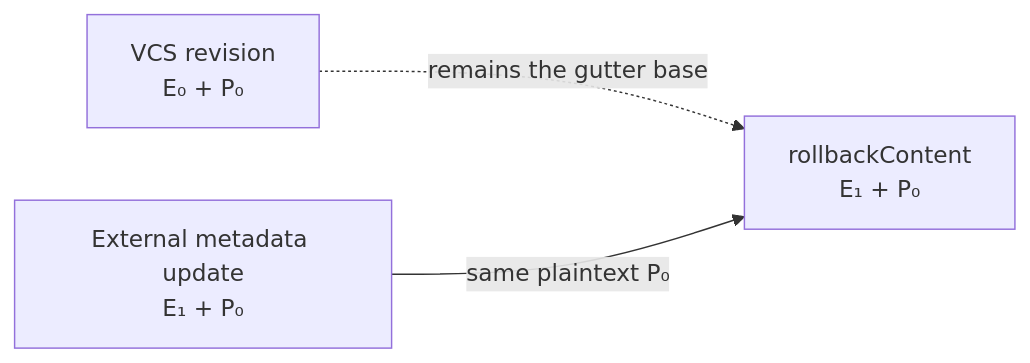
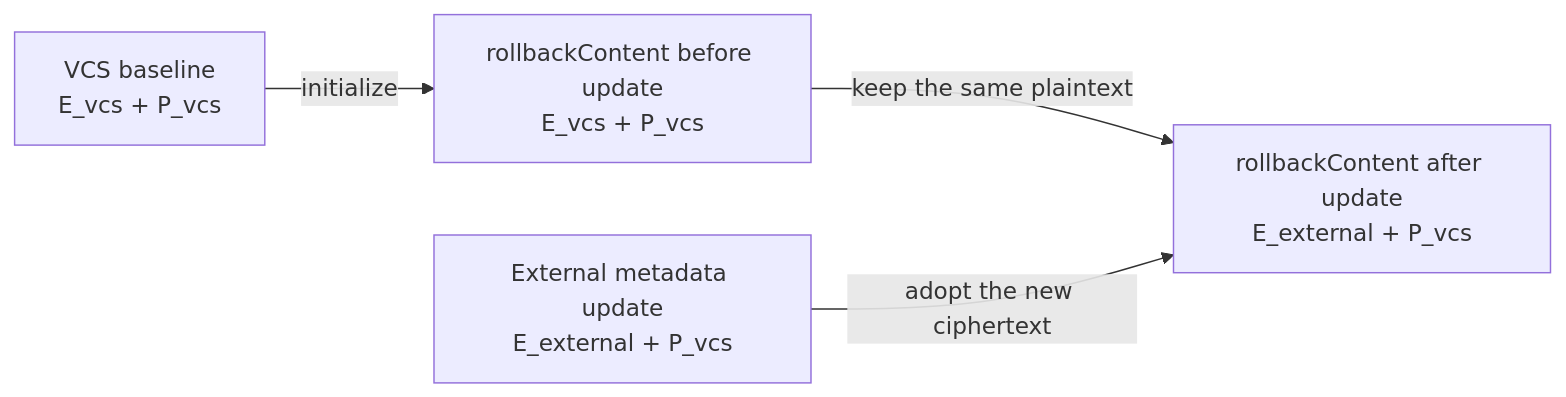
Before and after one commit to Blarc/sops-intellij-plugin: the fifth of 6 diagrams in src/main/kotlin/com/github/blarc/sops/intellij/plugin/providers/README.md, drawn with Mermaid. The commit also changed other lines of this file and 2 other files, not shown here.

````diff
--- a/src/main/kotlin/com/github/blarc/sops/intellij/plugin/providers/README.md
+++ b/src/main/kotlin/com/github/blarc/sops/intellij/plugin/providers/README.md
@@ -67,9 +145,11 @@
 ```mermaid
 flowchart LR
-    revision[VCS revision<br/>E₀ + P₀]
-    external[External metadata update<br/>E₁ + P₀]
-    rollback[rollbackContent<br/>E₁ + P₀]
+    vcs["VCS baseline<br/>E_vcs + P_vcs"]
+    rollbackBefore["rollbackContent before update<br/>E_vcs + P_vcs"]
+    external["External metadata update<br/>E_external + P_vcs"]
+    rollbackAfter["rollbackContent after update<br/>E_external + P_vcs"]
 
-    revision -. remains the gutter base .-> rollback
-    external -->|same plaintext P₀| rollback
+    vcs -->|initialize| rollbackBefore
+    rollbackBefore -->|keep the same plaintext| rollbackAfter
+    external -->|adopt the new ciphertext| rollbackAfter
 ```
````
